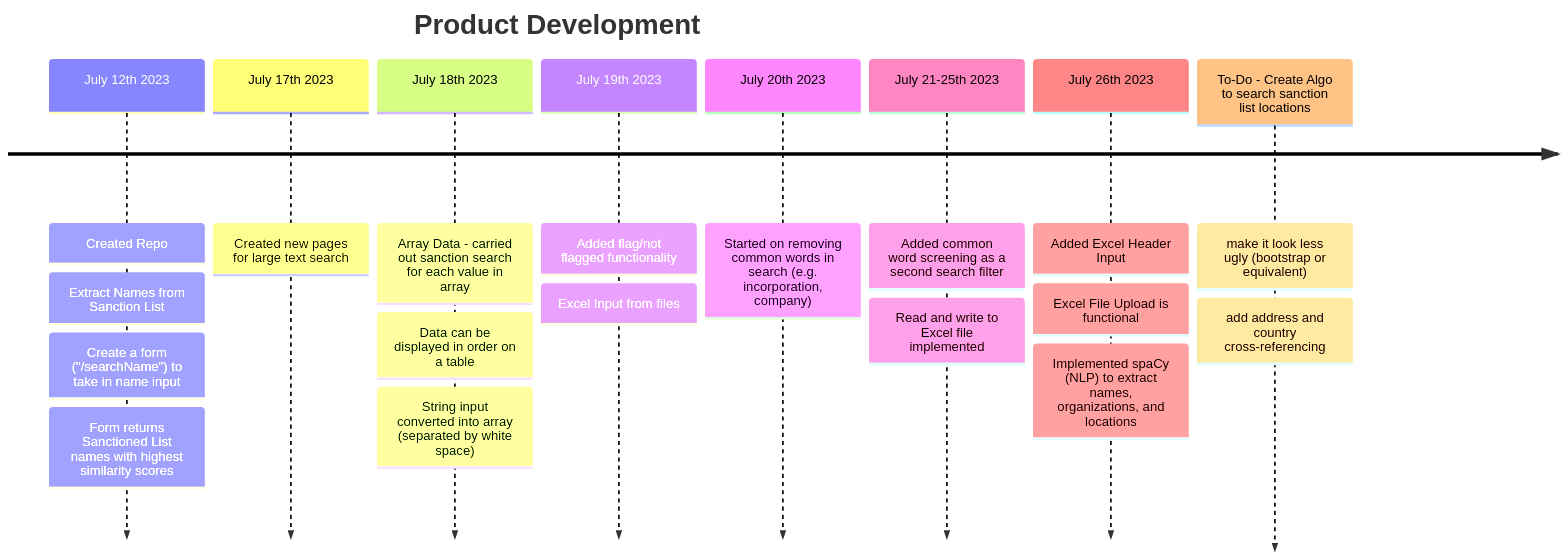
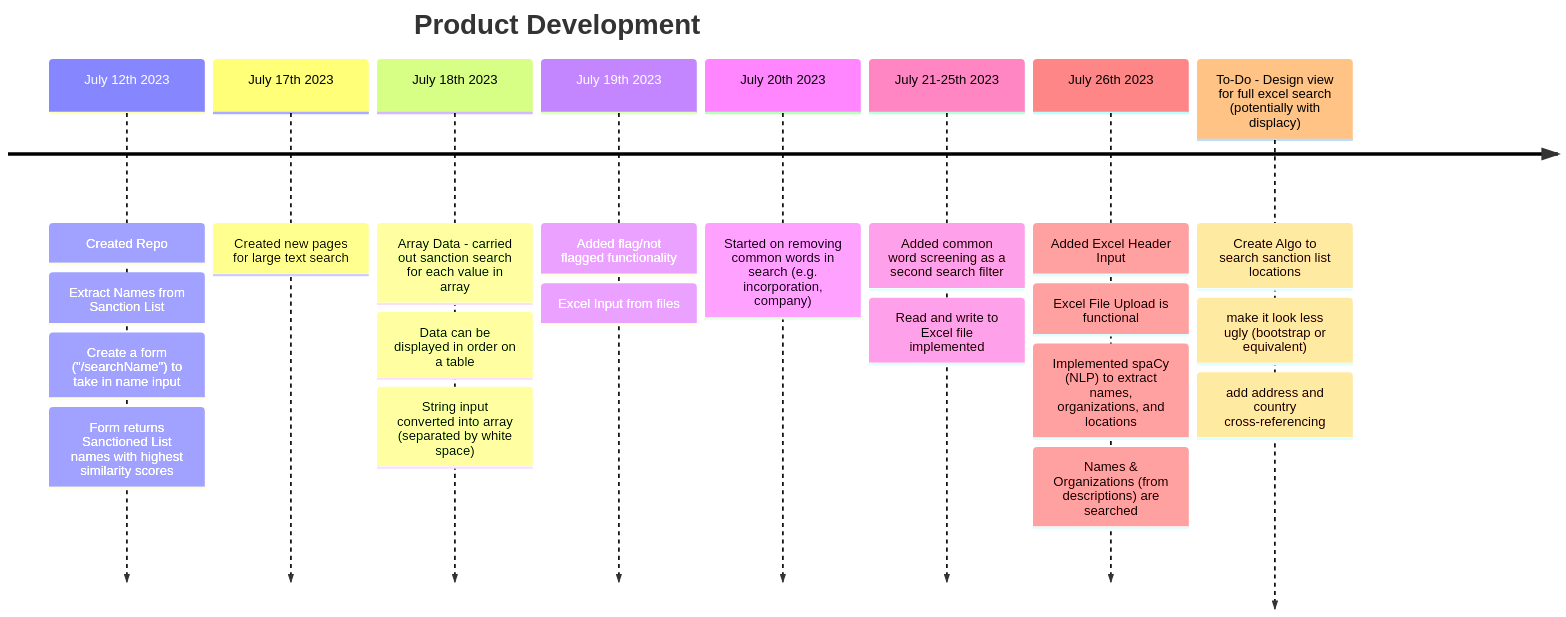
Before and after one commit to james-csy/sanctionlistchecker: the diagram in README.md, drawn with Mermaid.

````diff
--- a/README.md
+++ b/README.md
@@ -6,12 +6,12 @@
 ```mermaid
 timeline
     title Product Development
     July 12th 2023: Created Repo: Extract Names from Sanction List: Create a form ("/searchName") to take in name input: Form returns Sanctioned List names with highest similarity scores
     July 17th 2023: Created new pages for large text search
     July 18th 2023: Array Data - carried out sanction search for each value in array: Data can be displayed in order on a table: String input converted into array (separated by white space)
     July 19th 2023: Added flag/not flagged functionality: Excel Input from files
     July 20th 2023: Started on removing common words in search (e.g. incorporation, company)
     July 21-25th 2023: Added common word screening as a second search filter: Read and write to Excel file implemented
-    July 26th 2023: Added Excel Header Input: Excel File Upload is functional: Implemented spaCy (NLP) to extract names, organizations, and locations
-    To-Do - Create Algo to search sanction list locations: make it look less ugly (bootstrap or equivalent): add address and country cross-referencing
+    July 26th 2023: Added Excel Header Input: Excel File Upload is functional: Implemented spaCy (NLP) to extract names, organizations, and locations: Names & Organizations (from descriptions) are searched
+    To-Do - Design view for full excel search (potentially with displacy): Create Algo to search sanction list locations: make it look less ugly (bootstrap or equivalent): add address and country cross-referencing
 ```
````
